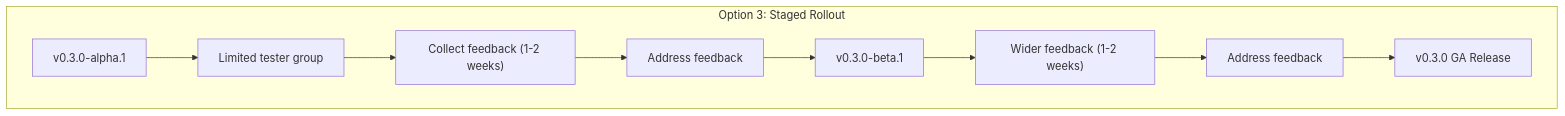
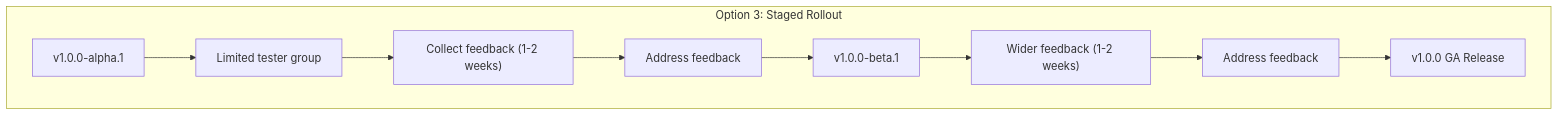
Before and after one commit to policy-forge/forge: the fourth of 7 diagrams in docs/AR/050-ar-phase3-release.md, drawn with Mermaid. The commit also changed other lines of this file and 9 other files, not shown here.

````diff
--- a/docs/AR/050-ar-phase3-release.md
+++ b/docs/AR/050-ar-phase3-release.md
@@ -232,12 +232,12 @@
 ```mermaid
 graph TD
     subgraph "Option 3: Staged Rollout"
-        Alpha["v0.3.0-alpha.1"] --> Testers["Limited tester group"]
+        Alpha["v1.0.0-alpha.1"] --> Testers["Limited tester group"]
         Testers --> Feedback["Collect feedback (1-2 weeks)"]
         Feedback --> Fix["Address feedback"]
-        Fix --> Beta["v0.3.0-beta.1"]
+        Fix --> Beta["v1.0.0-beta.1"]
         Beta --> WideFeedback["Wider feedback (1-2 weeks)"]
         WideFeedback --> Fix2["Address feedback"]
-        Fix2 --> GA["v0.3.0 GA Release"]
+        Fix2 --> GA["v1.0.0 GA Release"]
     end
 ```
````
